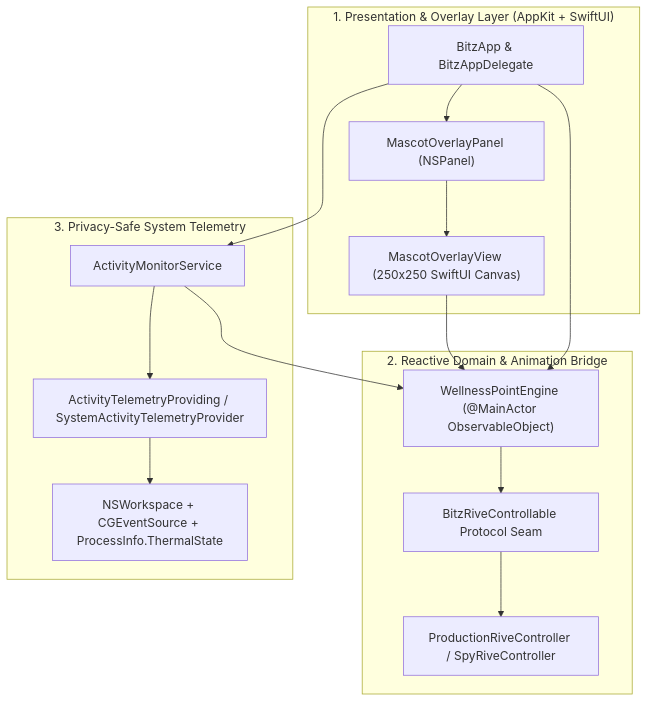
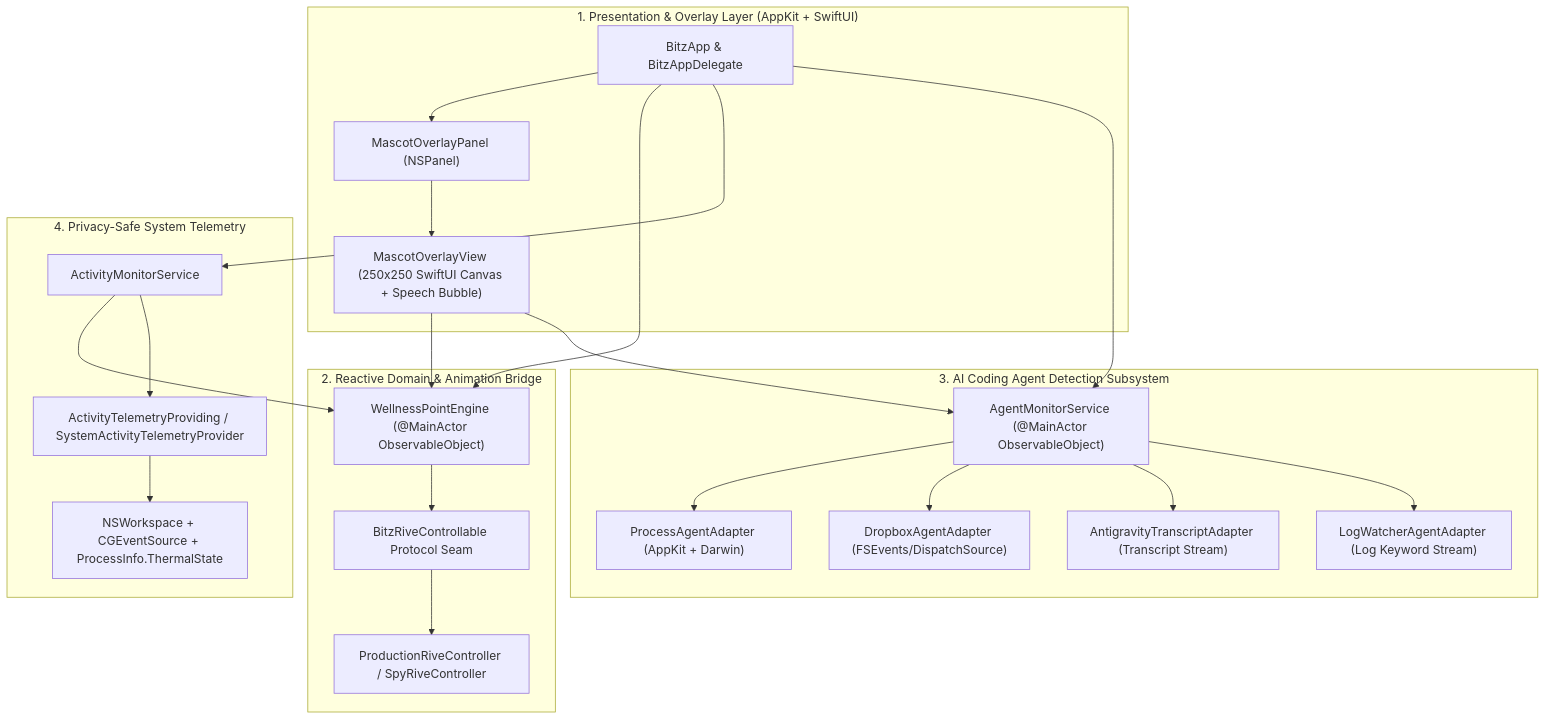
One commit to AkramKs/bitz-mac changed the diagram in docs/ARCHITECTURE.md. Above: the diagram before and after it, drawn with Mermaid. The commit also changed other lines of this file and 10 other files, not shown here.

Commit message:
feat(agent): add Antigravity transcript adapter, fix Claude Code hooks & add DMG release packager

````diff
--- a/docs/ARCHITECTURE.md
+++ b/docs/ARCHITECTURE.md
@@ -9,31 +9,45 @@
 ```mermaid
 flowchart TD
     subgraph Layer1["1. Presentation & Overlay Layer (AppKit + SwiftUI)"]
         App["BitzApp & BitzAppDelegate"]
         Panel["MascotOverlayPanel (NSPanel)"]
-        View["MascotOverlayView (250x250 SwiftUI Canvas)"]
+        View["MascotOverlayView (250x250 SwiftUI Canvas + Speech Bubble)"]
     end
 
     subgraph Layer2["2. Reactive Domain & Animation Bridge"]
         Engine["WellnessPointEngine (@MainActor ObservableObject)"]
         Seam["BitzRiveControllable Protocol Seam"]
         ProdRive["ProductionRiveController / SpyRiveController"]
     end
 
-    subgraph Layer3["3. Privacy-Safe System Telemetry"]
+    subgraph Layer3["3. AI Coding Agent Detection Subsystem"]
+        AgentMgr["AgentMonitorService (@MainActor ObservableObject)"]
+        ProcAdapt["ProcessAgentAdapter (AppKit + Darwin)"]
+        DropAdapt["DropboxAgentAdapter (FSEvents/DispatchSource)"]
+        AgyAdapt["AntigravityTranscriptAdapter (Transcript Stream)"]
+        LogAdapt["LogWatcherAgentAdapter (Log Keyword Stream)"]
+    end
+
+    subgraph Layer4["4. Privacy-Safe System Telemetry"]
         Monitor["ActivityMonitorService"]
         Telemetry["ActivityTelemetryProviding / SystemActivityTelemetryProvider"]
         OS["NSWorkspace + CGEventSource + ProcessInfo.ThermalState"]
     end
 
     App --> Panel
     Panel --> View
     View --> Engine
+    View --> AgentMgr
     App --> Engine
     App --> Monitor
+    App --> AgentMgr
     Monitor --> Engine
     Monitor --> Telemetry
     Telemetry --> OS
+    AgentMgr --> ProcAdapt
+    AgentMgr --> DropAdapt
+    AgentMgr --> AgyAdapt
+    AgentMgr --> LogAdapt
     Engine --> Seam
     Seam --> ProdRive
 ```
````
